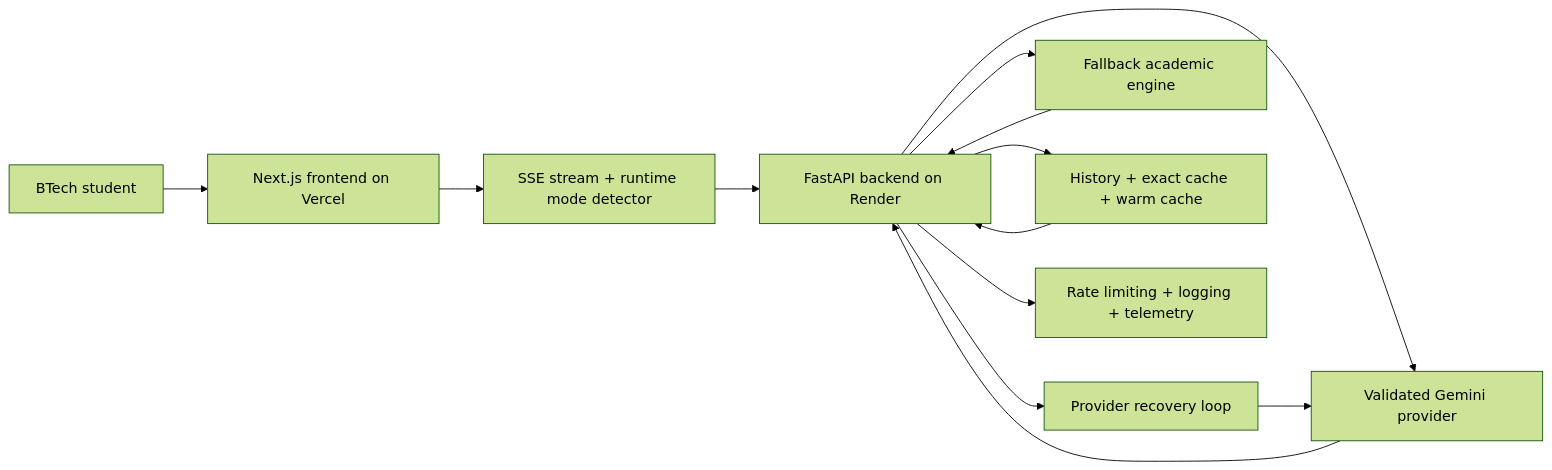
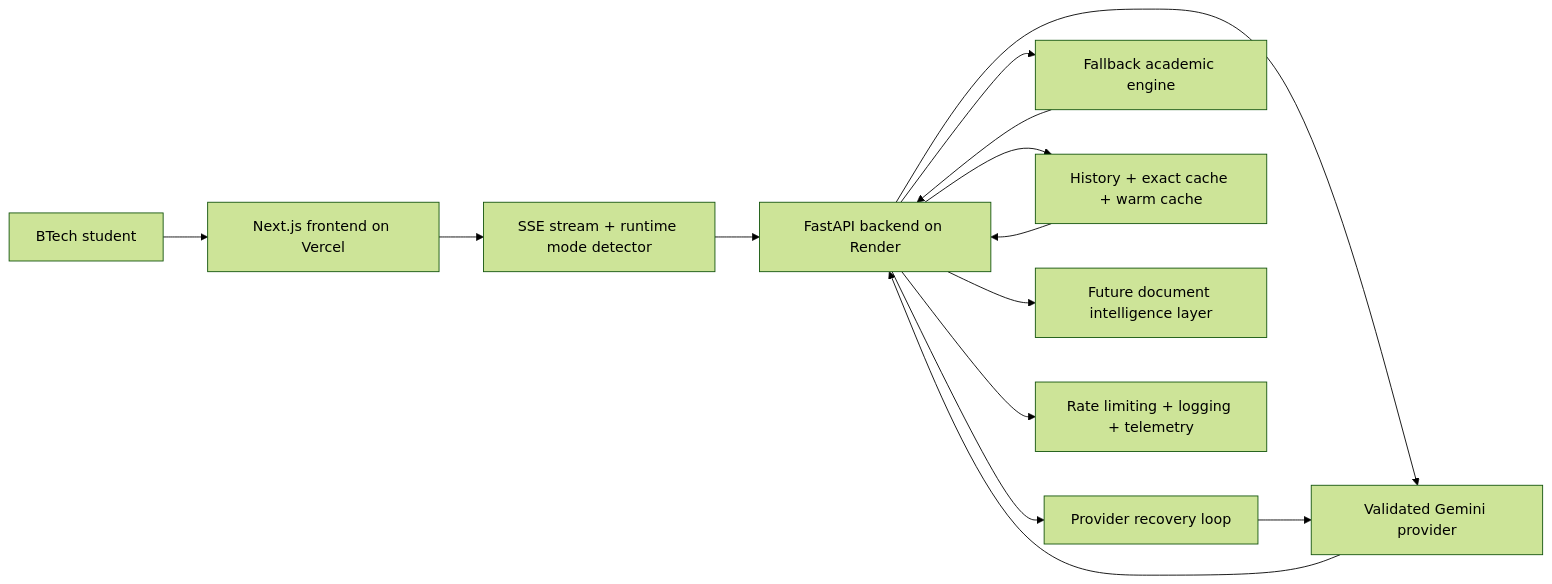
The diagram in README.md (tauqxxr7/scholr), drawn with Mermaid (forest theme) before and after one commit. The commit also changed other lines of this file and 7 other files, not shown here.

````diff
--- a/README.md
+++ b/README.md
@@ -157,15 +165,16 @@
 ```mermaid
 flowchart LR
     User["BTech student"] --> Frontend["Next.js frontend on Vercel"]
     Frontend --> Stream["SSE stream + runtime mode detector"]
     Stream --> Backend["FastAPI backend on Render"]
     Backend --> Provider["Validated Gemini provider"]
     Backend --> Recovery["Provider recovery loop"]
     Backend --> Fallback["Fallback academic engine"]
     Backend --> Cache["History + exact cache + warm cache"]
+    Backend --> RAG["Future document intelligence layer"]
     Backend --> Logs["Rate limiting + logging + telemetry"]
     Provider --> Backend
     Recovery --> Provider
     Fallback --> Backend
     Cache --> Backend
 ```
````
